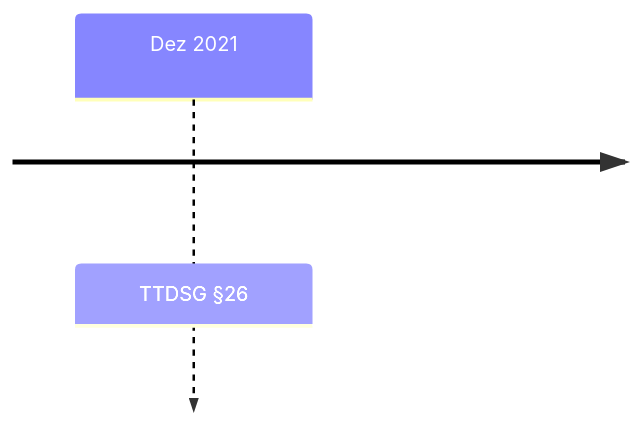
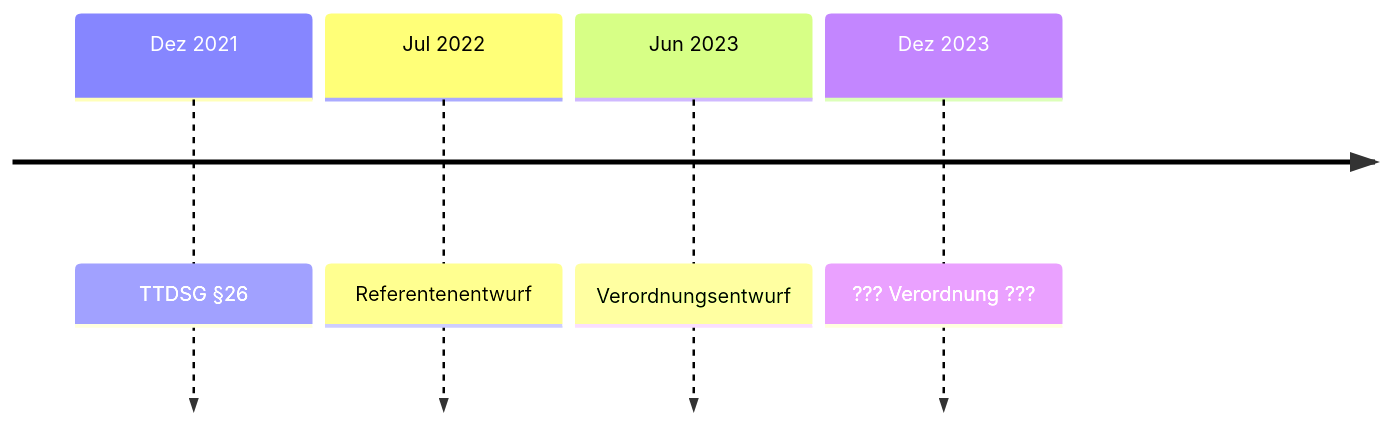
The second of 3 diagrams in README.md (openpims/openpims), drawn with Mermaid before and after one commit.

````diff
--- a/README.md
+++ b/README.md
@@ -16,4 +16,7 @@
 ```mermaid
   timeline
     Dez 2021 : TTDSG §26
+    Jul 2022 : Referentenentwurf
+    Jun 2023 : Verordnungsentwurf
+    Dez 2023 : ??? Verordnung ???
 ```  
````
